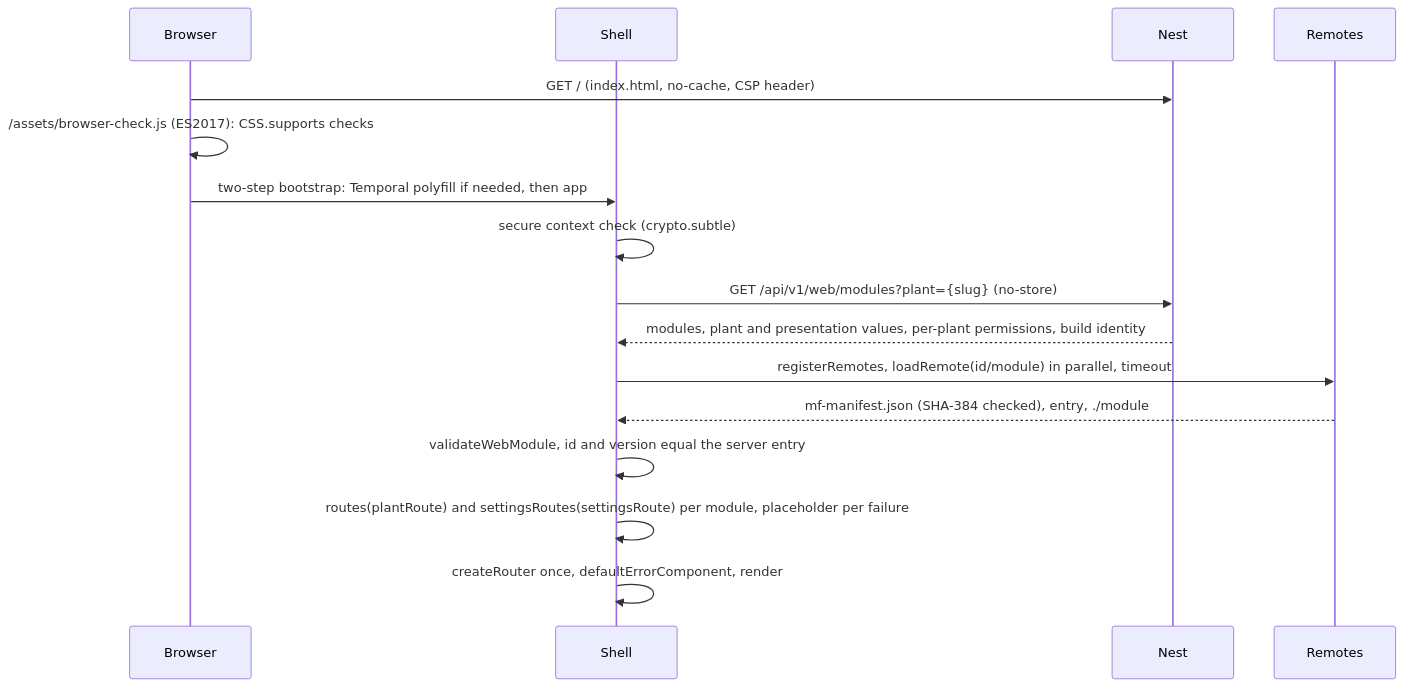
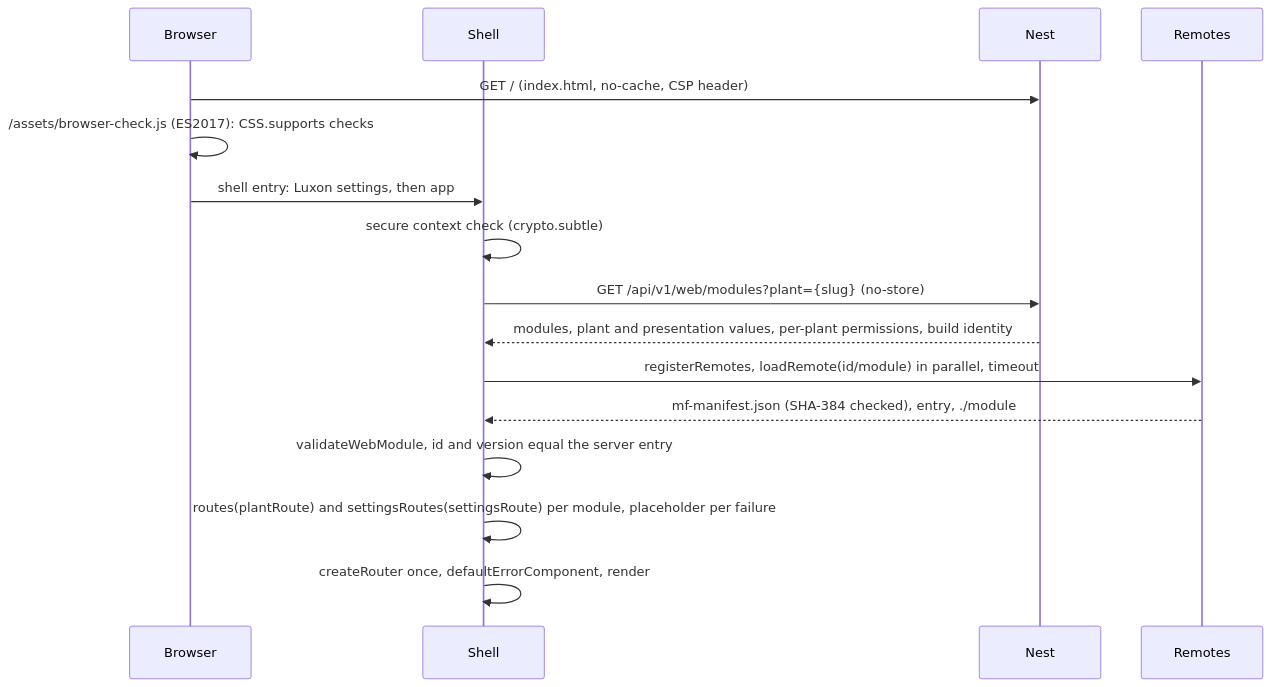
Before and after one commit to northMES/northmes: the second of 4 diagrams in docs/plan/06-web-and-ux.md, drawn with Mermaid. The commit also changed other lines of this file and 15 other files, not shown here.

````diff
--- a/docs/plan/06-web-and-ux.md
+++ b/docs/plan/06-web-and-ux.md
@@ -164,18 +165,18 @@
 ```mermaid
 sequenceDiagram
   participant B as Browser
   participant S as Shell
   participant N as Nest
   participant R as Remotes
   B->>N: GET / (index.html, no-cache, CSP header)
   B->>B: /assets/browser-check.js (ES2017): CSS.supports checks
-  B->>S: two-step bootstrap: Temporal polyfill if needed, then app
+  B->>S: shell entry: Luxon settings, then app
   S->>S: secure context check (crypto.subtle)
   S->>N: GET /api/v1/web/modules?plant={slug} (no-store)
   N-->>S: modules, plant and presentation values, per-plant permissions, build identity
   S->>R: registerRemotes, loadRemote(id/module) in parallel, timeout
   R-->>S: mf-manifest.json (SHA-384 checked), entry, ./module
   S->>S: validateWebModule, id and version equal the server entry
   S->>S: routes(plantRoute) and settingsRoutes(settingsRoute) per module, placeholder per failure
   S->>S: createRouter once, defaultErrorComponent, render
 ```
````
